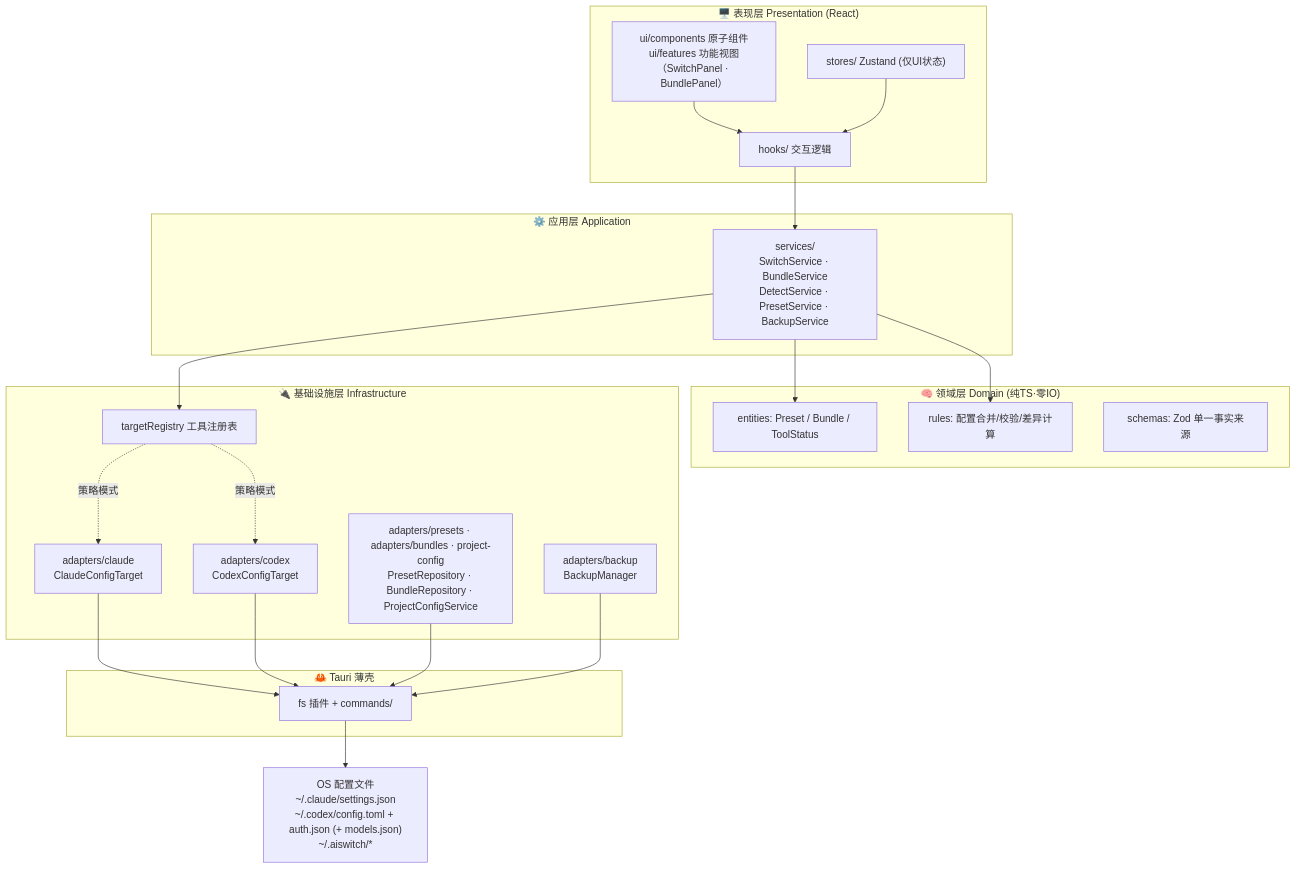
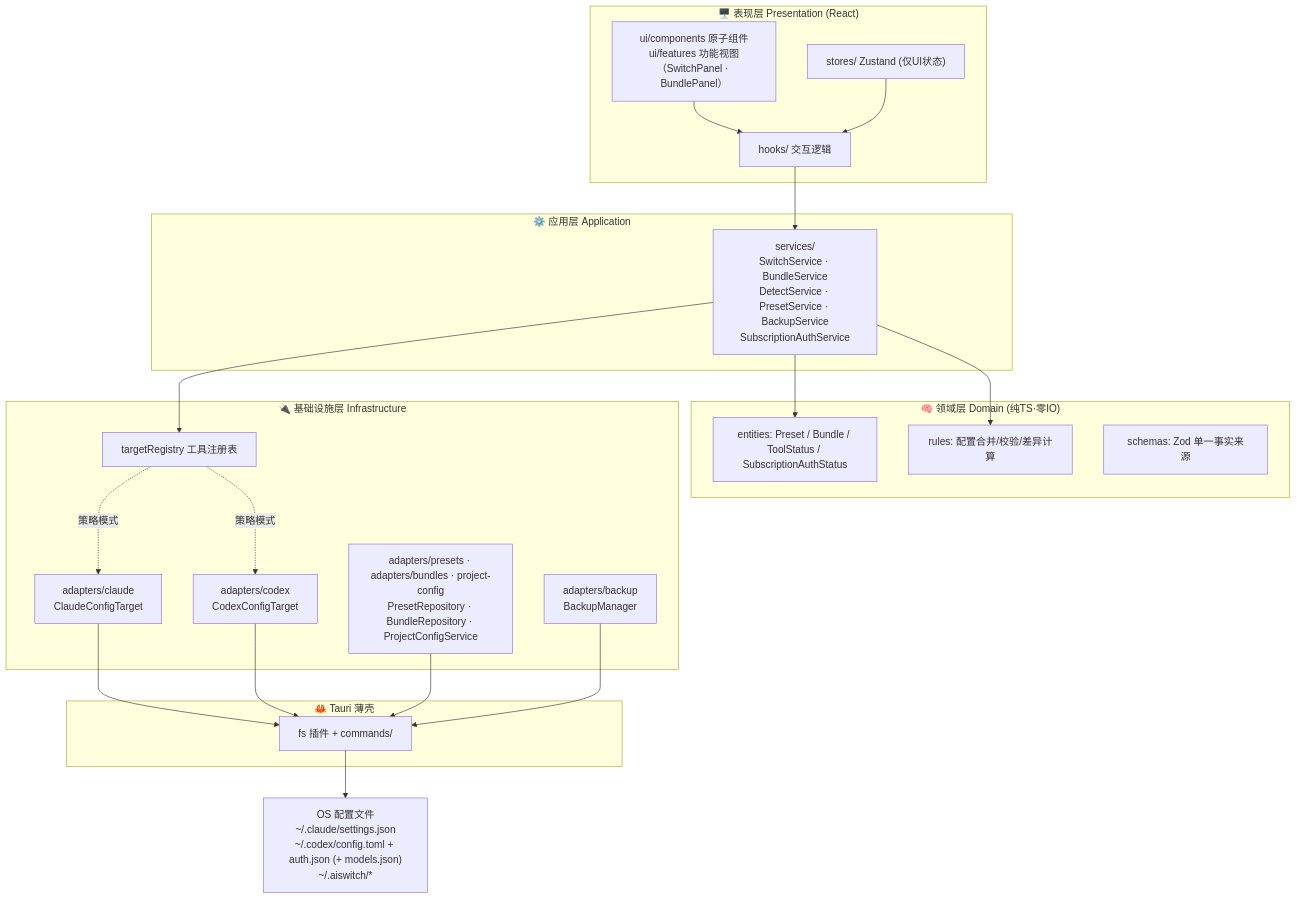
Before and after one commit to small-dream/AISwitch: the first of 2 diagrams in docs/ARCHITECTURE.md, drawn with Mermaid. The commit also changed other lines of this file and 5 other files, not shown here.

````diff
--- a/docs/ARCHITECTURE.md
+++ b/docs/ARCHITECTURE.md
@@ -29,39 +29,39 @@
 ```mermaid
 graph TB
     subgraph L1["🖥️ 表现层 Presentation (React)"]
         UI["ui/components 原子组件<br/>ui/features 功能视图（SwitchPanel · BundlePanel）"]
         HK["hooks/ 交互逻辑"]
         ST["stores/ Zustand (仅UI状态)"]
     end
 
     subgraph L2["⚙️ 应用层 Application"]
-        SVC["services/<br/>SwitchService · BundleService<br/>DetectService · PresetService · BackupService"]
+        SVC["services/<br/>SwitchService · BundleService<br/>DetectService · PresetService · BackupService<br/>SubscriptionAuthService"]
     end
 
     subgraph L3["🧠 领域层 Domain (纯TS·零IO)"]
-        ENT["entities: Preset / Bundle / ToolStatus"]
+        ENT["entities: Preset / Bundle / ToolStatus / SubscriptionAuthStatus"]
         RULE["rules: 配置合并/校验/差异计算"]
         SCH["schemas: Zod 单一事实来源"]
     end
 
     subgraph L4["🔌 基础设施层 Infrastructure"]
         REG["targetRegistry 工具注册表"]
         CA["adapters/claude<br/>ClaudeConfigTarget"]
         CO["adapters/codex<br/>CodexConfigTarget"]
         PR["adapters/presets · adapters/bundles · project-config<br/>PresetRepository · BundleRepository · ProjectConfigService"]
         BK["adapters/backup<br/>BackupManager"]
     end
 
     subgraph L5["🦀 Tauri 薄壳"]
         FS["fs 插件 + commands/"]
     end
 
     OS["OS 配置文件<br/>~/.claude/settings.json<br/>~/.codex/config.toml + auth.json (+ models.json)<br/>~/.aiswitch/*"]
 
     UI --> HK --> SVC
     ST --> HK
     SVC --> ENT & RULE
     SVC --> REG
     REG -.策略模式.-> CA & CO
     CA & CO & PR & BK --> FS --> OS
 ```
````
